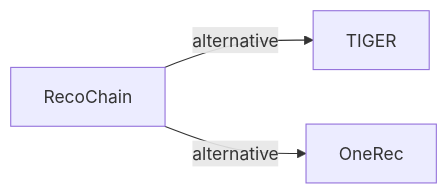
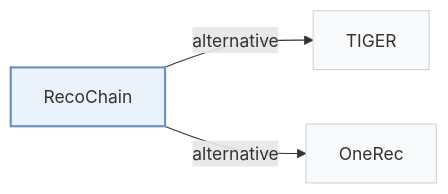
Before and after one commit to Galaxy-ghost/Awesome-SID-Generative-Rec: the second of 2 diagrams in pages/papers/recochain.md, drawn with Mermaid. The commit also changed other lines of this file and 649 other files, not shown here.

Commit message:
writer-05: also tags and modality index (schema, check, build, visuals); summary field removed; calibration data for 12 papers

````diff
--- a/pages/papers/recochain.md
+++ b/pages/papers/recochain.md
@@ -68,6 +74,10 @@
 ```mermaid
 flowchart LR
     P["RecoChain"]
-    P -->|alternative| A["TIGER"]
-    P -->|alternative| B["OneRec"]
+    P -->|"alternative"| A["TIGER"]
+    P -->|"alternative"| B["OneRec"]
+    classDef main fill:#eaf2fb,stroke:#6b8fc7,stroke-width:2px
+    classDef peer fill:#f8fafc,stroke:#cbd5e1
+    class P main
+    class A,B peer
 ```
````
